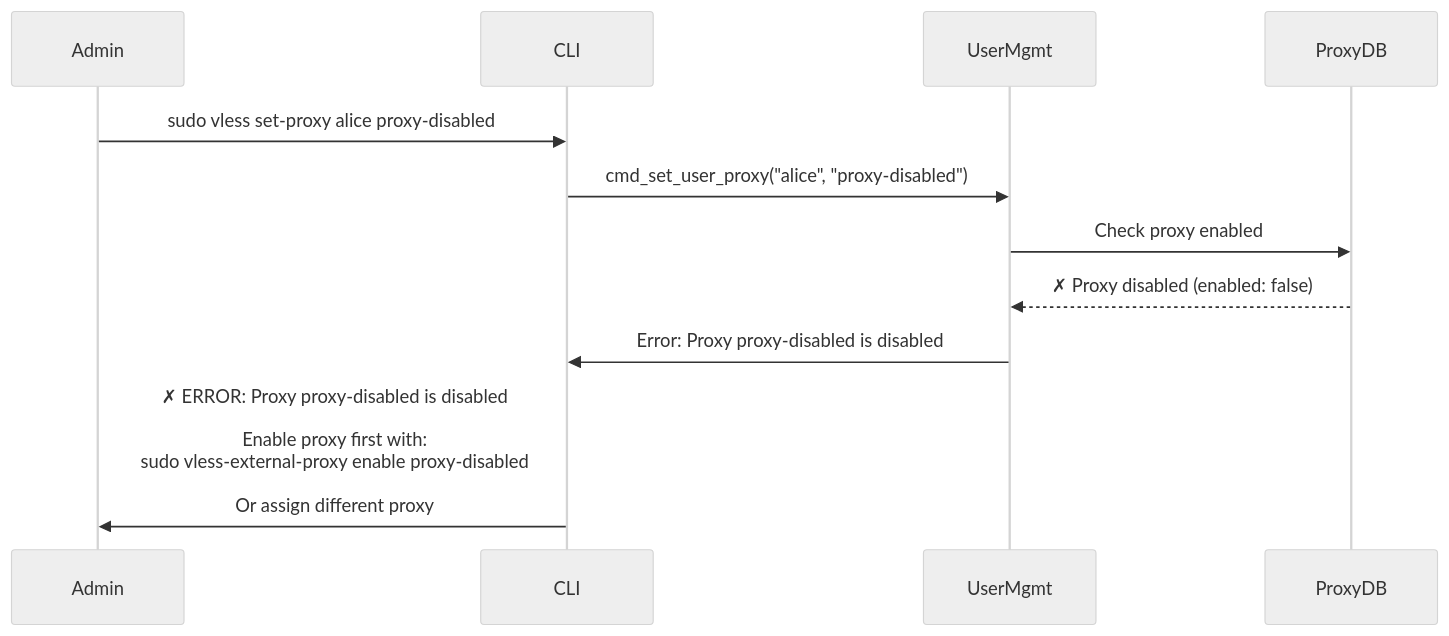
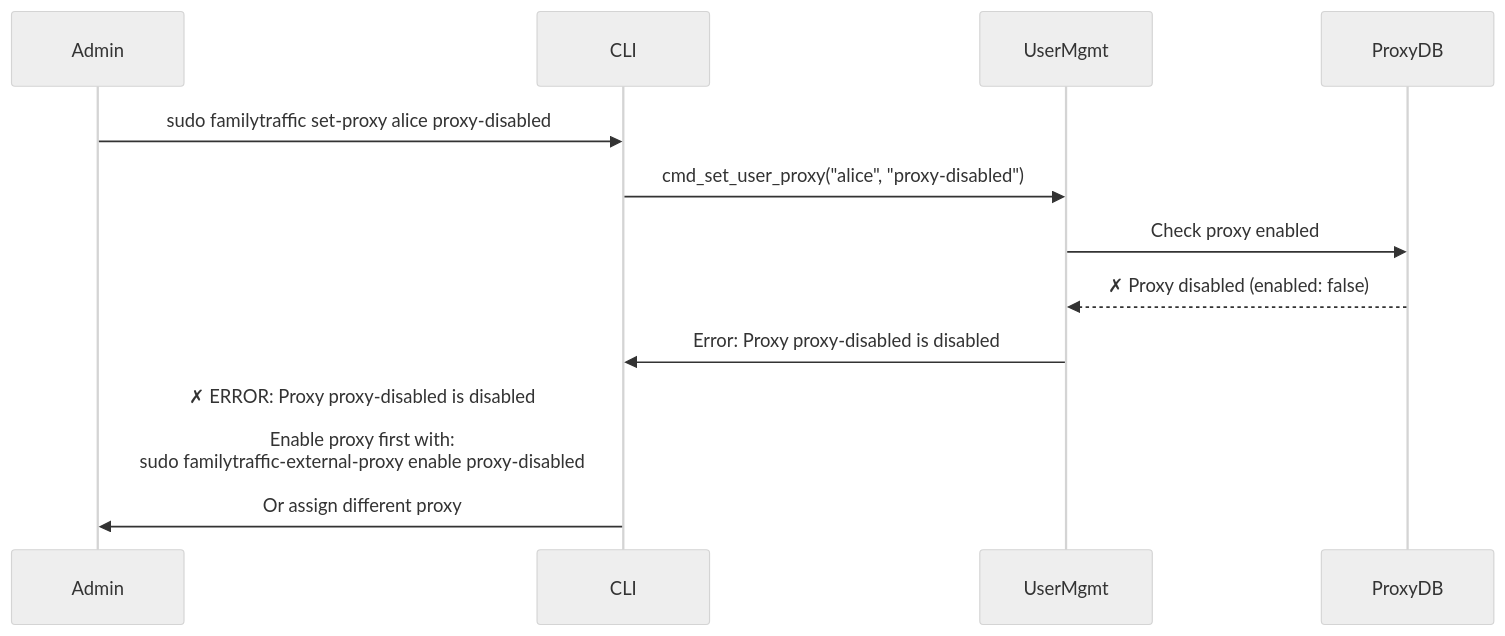
One commit to ikeniborn/vless changed the seventh of 9 diagrams in docs/architecture/diagrams/sequences/proxy-assignment.md. Above: the diagram before and after it, drawn with Mermaid (neutral theme). The commit also changed other lines of this file and 66 other files, not shown here.

First line of the commit message:
refactor(rename): replace old project name 'vless' with 'familytraffic'

````diff
--- a/docs/architecture/diagrams/sequences/proxy-assignment.md
+++ b/docs/architecture/diagrams/sequences/proxy-assignment.md
@@ -323,16 +323,16 @@
 ```mermaid
 sequenceDiagram
     participant Admin
     participant CLI
     participant UserMgmt
     participant ProxyDB
 
-    Admin->>CLI: sudo vless set-proxy alice proxy-disabled
+    Admin->>CLI: sudo familytraffic set-proxy alice proxy-disabled
     CLI->>UserMgmt: cmd_set_user_proxy("alice", "proxy-disabled")
 
     UserMgmt->>ProxyDB: Check proxy enabled
     ProxyDB-->>UserMgmt: ✗ Proxy disabled (enabled: false)
 
     UserMgmt->>CLI: Error: Proxy proxy-disabled is disabled
-    CLI->>Admin: ✗ ERROR: Proxy proxy-disabled is disabled<br/><br/>Enable proxy first with:<br/> sudo vless-external-proxy enable proxy-disabled<br/><br/>Or assign different proxy
+    CLI->>Admin: ✗ ERROR: Proxy proxy-disabled is disabled<br/><br/>Enable proxy first with:<br/> sudo familytraffic-external-proxy enable proxy-disabled<br/><br/>Or assign different proxy
 ```
````
